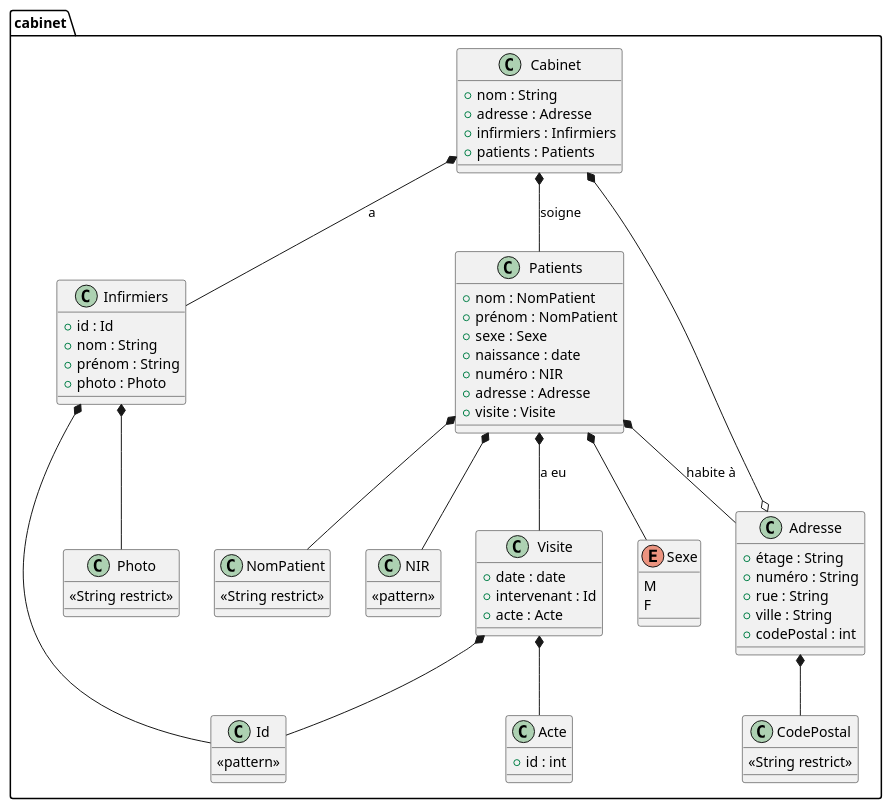
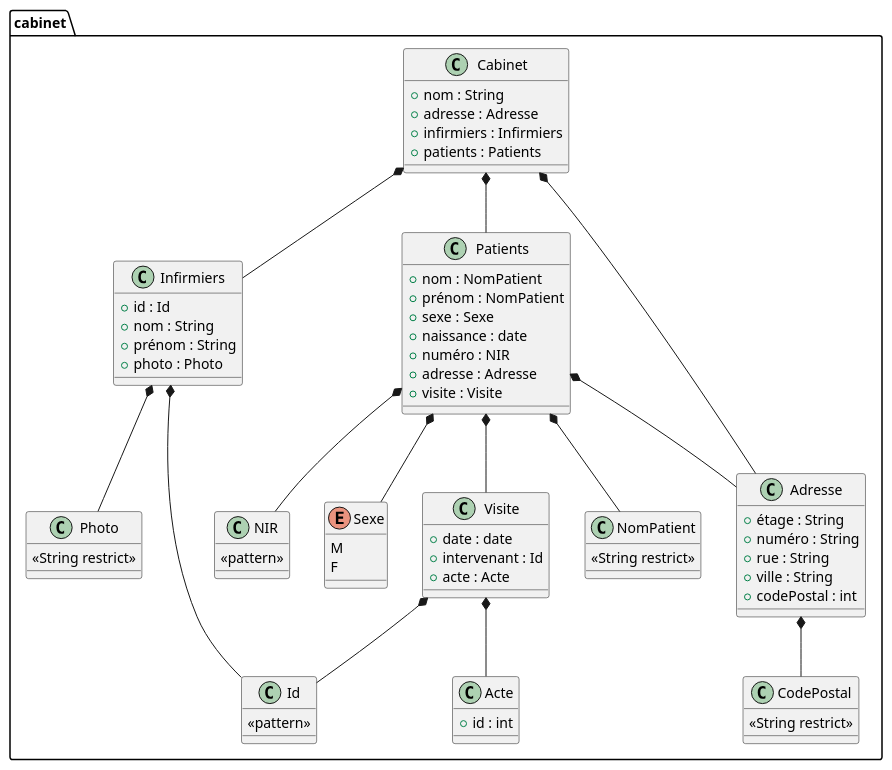
The diagram in src/uml.md (AlexisThach/CabinetInfirmier), drawn with PlantUML before and after one commit. The commit also changed 6 other files, not shown here.

```diff
--- a/src/uml.md
+++ b/src/uml.md
@@ -75,12 +75,12 @@
 }
 
 ' Relations entre les différentes classes
-Cabinet *-- Infirmiers : a 
-Cabinet *-- Patients : soigne
-Cabinet *--o Adresse 
+Cabinet *-- Infirmiers 
+Cabinet *-- Patients 
+Cabinet *-- Adresse 
 Adresse *-- CodePostal
-Patients *-- Adresse : habite à
-Patients *-- Visite : a eu
+Patients *-- Adresse 
+Patients *-- Visite 
 Patients *-- NIR
 Patients *-- Sexe
 Patients *-- NomPatient
```
